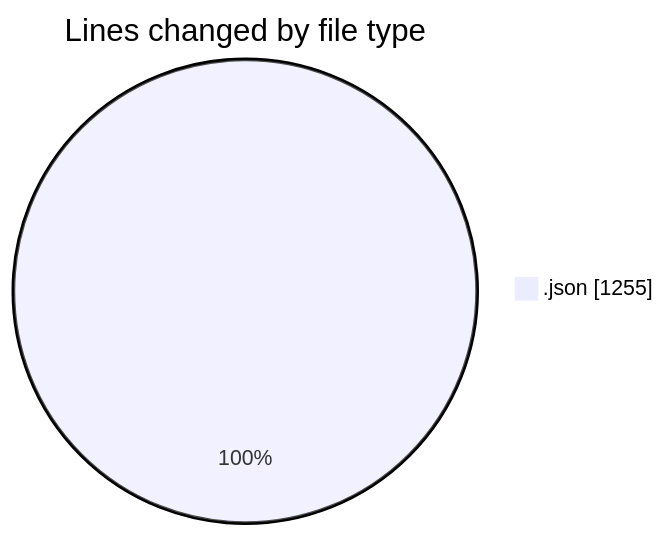
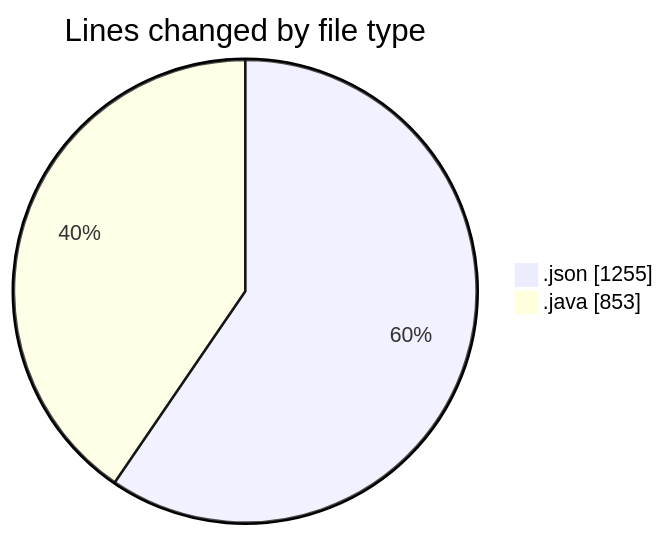
Before and after one commit to ricardozamudiocil/code-tracking: the first of 2 diagrams in 2026-07-14/cilapp/README.md, drawn with Mermaid. The commit also changed other lines of this file and 1 other file, not shown here.

````diff
--- a/2026-07-14/cilapp/README.md
+++ b/2026-07-14/cilapp/README.md
@@ -20,5 +21,6 @@
 ```mermaid
 pie showData
 title Lines changed by file type
 ".json" : 1255
+".java" : 853
 ```
````
